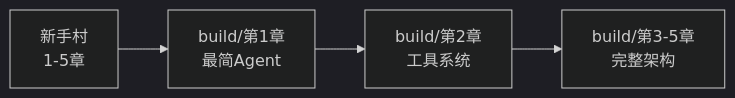
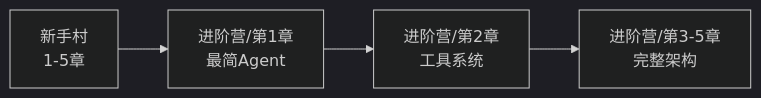
Before and after one commit to sine-io/byte-of-nanobot: the second of 3 diagrams in docs/zh-cn/zero/00-before-you-start.md, drawn with Mermaid (dark theme). The commit also changed other lines of this file and 20 other files, not shown here.

````diff
--- a/docs/zh-cn/zero/00-before-you-start.md
+++ b/docs/zh-cn/zero/00-before-you-start.md
@@ -71,6 +71,6 @@
 ```mermaid
 flowchart LR
-    A[新手村<br/>1-5章] --> B[build/第1章<br/>最简Agent]
-    B --> C[build/第2章<br/>工具系统]
-    C --> D[build/第3-5章<br/>完整架构]
+    A[新手村<br/>1-5章] --> B[进阶营/第1章<br/>最简Agent]
+    B --> C[进阶营/第2章<br/>工具系统]
+    C --> D[进阶营/第3-5章<br/>完整架构]
 ```
````
